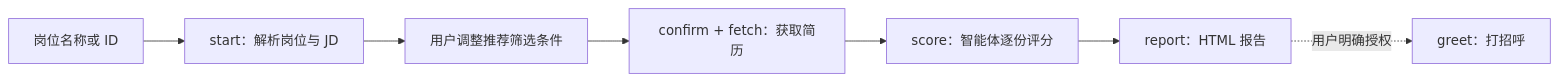
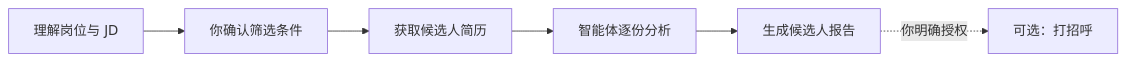
The diagram in README.md (1xiaoyueryuer/boss-hr-agent-toolkit), drawn with Mermaid before and after one commit. The commit also changed other lines of this file and 1 other file, not shown here.

````diff
--- a/README.md
+++ b/README.md
@@ -9,9 +30,8 @@
 ```mermaid
 flowchart LR
-    A[岗位名称或 ID] --> B[start：解析岗位与 JD]
-    B --> C[用户调整推荐筛选条件]
-    C --> D[confirm + fetch：获取简历]
-    D --> E[score：智能体逐份评分]
-    E --> F[report：HTML 报告]
-    F -. 用户明确授权 .-> G[greet：打招呼]
+    A[理解岗位与 JD] --> B[你确认筛选条件]
+    B --> C[获取候选人简历]
+    C --> D[智能体逐份分析]
+    D --> E[生成候选人报告]
+    E -. 你明确授权 .-> F[可选：打招呼]
 ```
````
